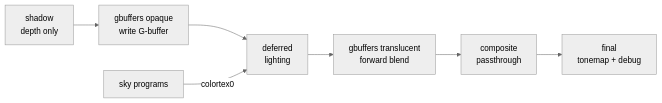
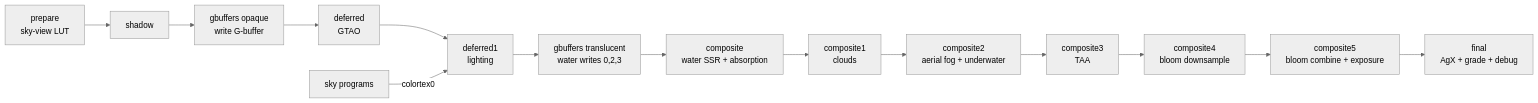
Before and after one commit to soundbird-uk/asteria-loom-shaders: the diagram in docs/architecture.md, drawn with Mermaid (neutral theme). The commit also changed other lines of this file and 1 other file, not shown here.

First line of the commit message:
Refresh README, roadmap, architecture docs to current state

````diff
--- a/docs/architecture.md
+++ b/docs/architecture.md
@@ -33,9 +51,16 @@
 ```mermaid
 flowchart LR
-  S[shadow<br/>depth only] --> G[gbuffers opaque<br/>write G-buffer]
-  G --> D[deferred<br/>lighting]
-  D --> T[gbuffers translucent<br/>forward blend]
-  T --> C[composite<br/>passthrough]
-  C --> F[final<br/>tonemap + debug]
-  SKY[sky programs] -->|colortex0| D
+  P[prepare<br/>sky-view LUT] --> S[shadow]
+  S --> G[gbuffers opaque<br/>write G-buffer]
+  G --> D0[deferred<br/>GTAO]
+  D0 --> D1[deferred1<br/>lighting]
+  D1 --> T[gbuffers translucent<br/>water writes 0,2,3]
+  T --> C0[composite<br/>water SSR + absorption]
+  C0 --> C1[composite1<br/>clouds]
+  C1 --> C2[composite2<br/>aerial fog + underwater]
+  C2 --> C3[composite3<br/>TAA]
+  C3 --> C4[composite4<br/>bloom downsample]
+  C4 --> C5[composite5<br/>bloom combine + exposure]
+  C5 --> F[final<br/>AgX + grade + debug]
+  SKY[sky programs] -->|colortex0| D1
 ```
````
